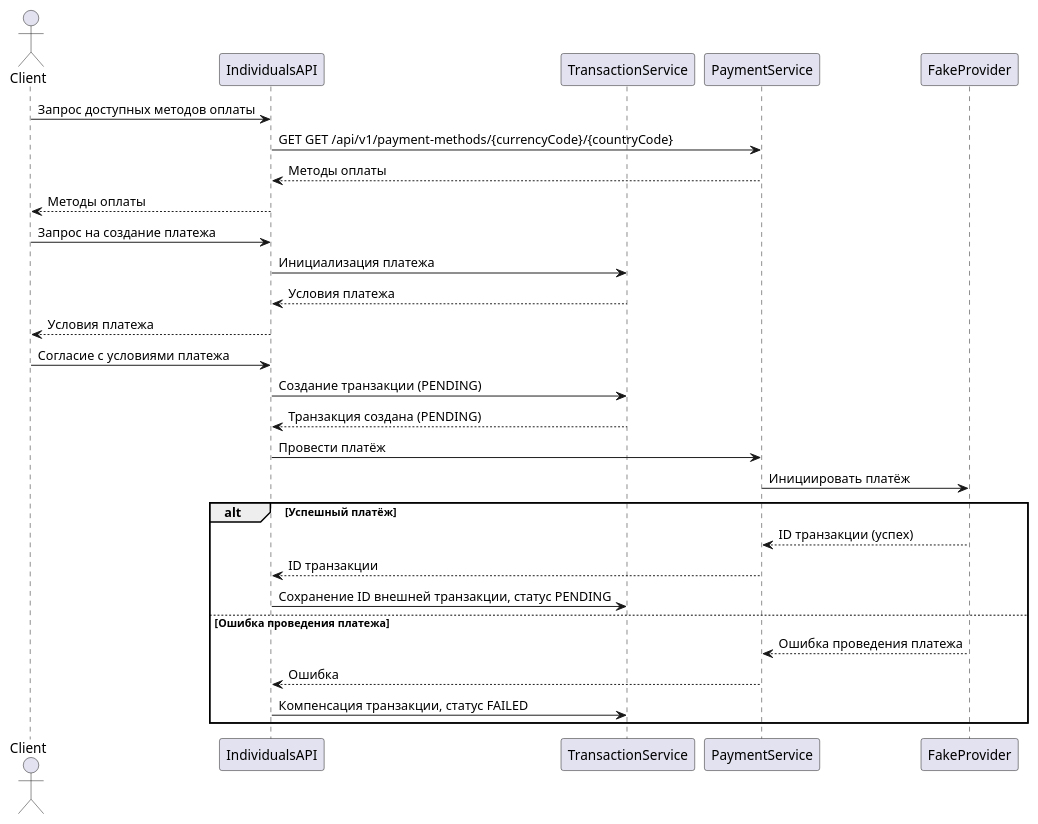
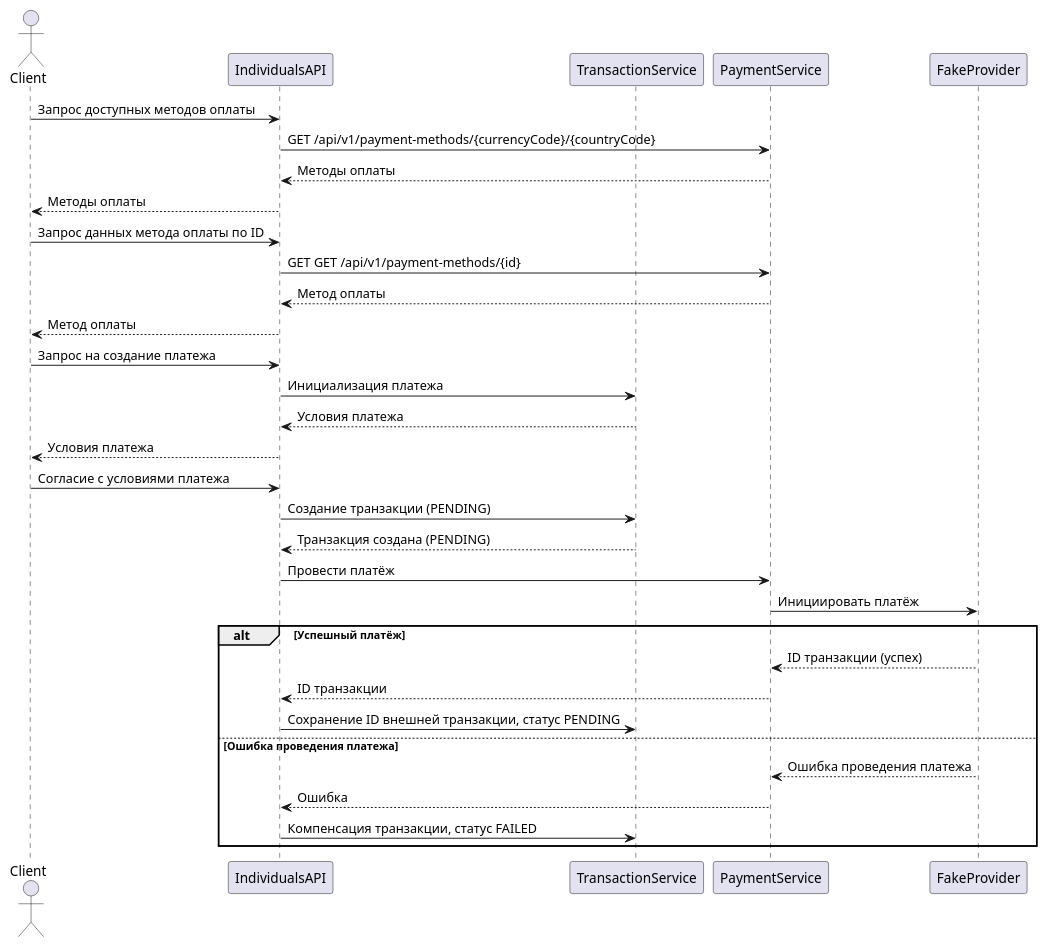
The diagram in diagrams/module_6/sequence_diagram_m6.puml (ubivza/payment-system), drawn with PlantUML before and after one commit. The commit also changed 15 other files, not shown here.

```diff
--- a/diagrams/module_6/sequence_diagram_m6.puml
+++ b/diagrams/module_6/sequence_diagram_m6.puml
@@ -1,33 +1,37 @@
 @startuml
 actor Client
 participant IndividualsAPI
 participant TransactionService
 participant PaymentService
 participant FakeProvider
 
 Client -> IndividualsAPI: Запрос доступных методов оплаты
-IndividualsAPI -> PaymentService: GET GET /api/v1/payment-methods/{currencyCode}/{countryCode}
+IndividualsAPI -> PaymentService: GET /api/v1/payment-methods/{currencyCode}/{countryCode}
 PaymentService --> IndividualsAPI: Методы оплаты
 IndividualsAPI --> Client: Методы оплаты
+Client -> IndividualsAPI: Запрос данных метода оплаты по ID
+IndividualsAPI -> PaymentService: GET GET /api/v1/payment-methods/{id}
+PaymentService --> IndividualsAPI: Метод оплаты
+IndividualsAPI --> Client: Метод оплаты
 
 Client -> IndividualsAPI: Запрос на создание платежа
 IndividualsAPI -> TransactionService: Инициализация платежа
 TransactionService --> IndividualsAPI: Условия платежа
 IndividualsAPI --> Client: Условия платежа
 Client -> IndividualsAPI: Согласие с условиями платежа
 IndividualsAPI -> TransactionService: Создание транзакции (PENDING)
 TransactionService --> IndividualsAPI: Транзакция создана (PENDING)
 
 IndividualsAPI -> PaymentService: Провести платёж
 PaymentService -> FakeProvider: Инициировать платёж
 
 alt Успешный платёж
     FakeProvider --> PaymentService: ID транзакции (успех)
     PaymentService --> IndividualsAPI: ID транзакции
     IndividualsAPI -> TransactionService: Сохранение ID внешней транзакции, статус PENDING
 else Ошибка проведения платежа
     FakeProvider --> PaymentService: Ошибка проведения платежа
     PaymentService --> IndividualsAPI: Ошибка
     IndividualsAPI -> TransactionService: Компенсация транзакции, статус FAILED
 end
 @enduml
```
